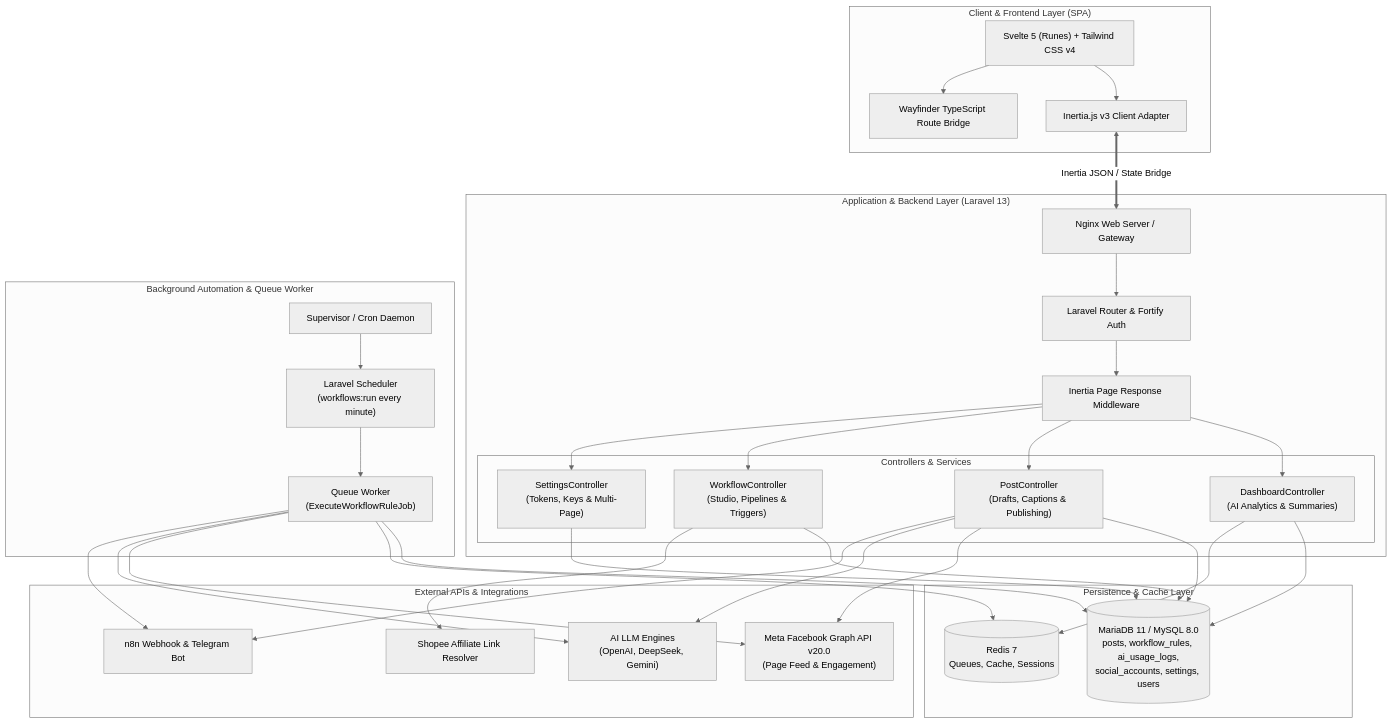
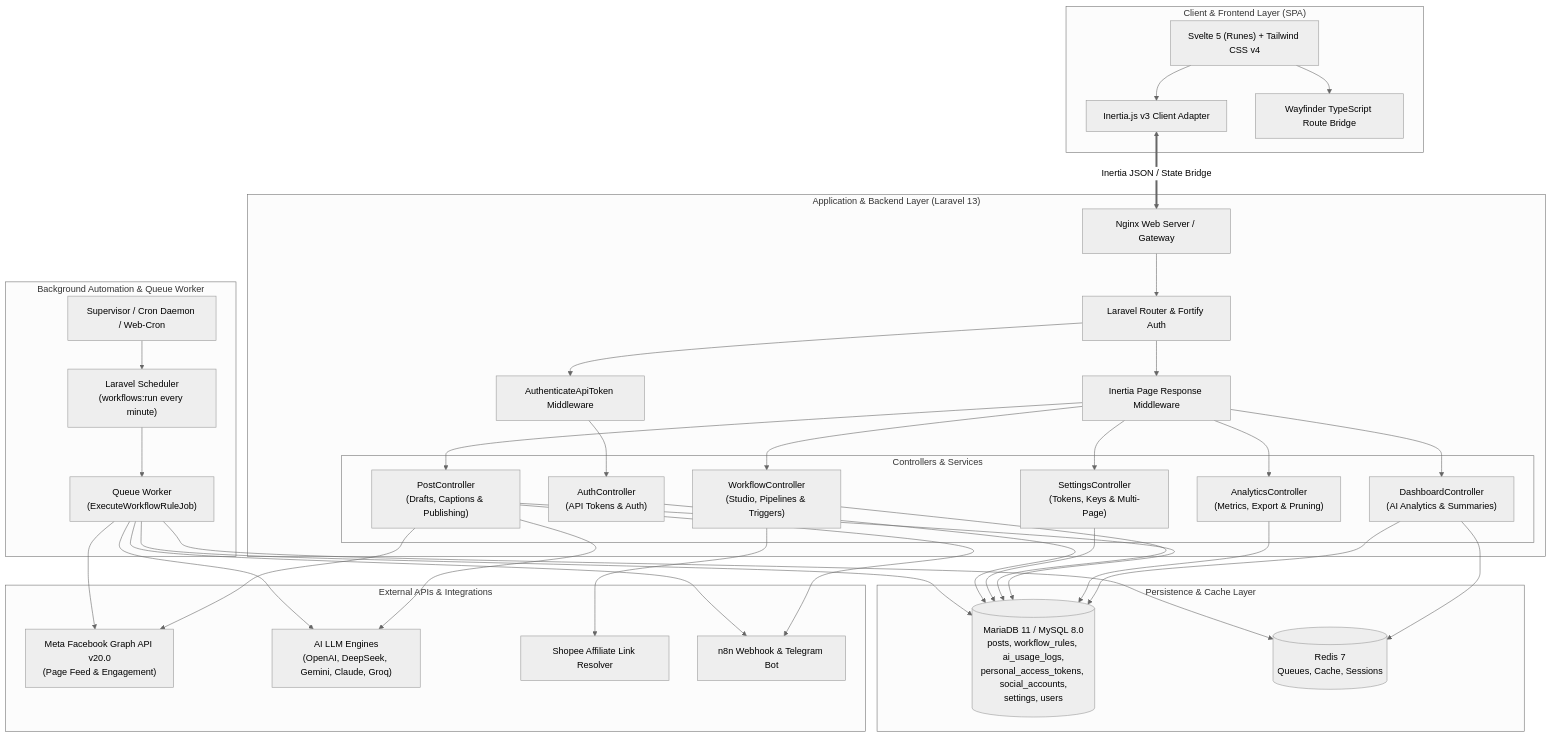
Before and after one commit to warr-dev/autoffiliate: the first of 4 diagrams in docs/MASTER_DOCUMENTATION.md, drawn with Mermaid (neutral theme). The commit also changed other lines of this file and 12 other files, not shown here.

Commit message:
feat(analytics): add AI usage & cost analytics engine with interactive dashboard and telemetry

````diff
--- a/docs/MASTER_DOCUMENTATION.md
+++ b/docs/MASTER_DOCUMENTATION.md
@@ -48,69 +51,77 @@
 ```mermaid
 graph TD
     subgraph Client_Layer ["Client & Frontend Layer (SPA)"]
         UI["Svelte 5 (Runes) + Tailwind CSS v4"]
         InertiaClient["Inertia.js v3 Client Adapter"]
         Wayfinder["Wayfinder TypeScript Route Bridge"]
         UI --> InertiaClient
         UI --> Wayfinder
     end
 
     subgraph App_Layer ["Application & Backend Layer (Laravel 13)"]
         Nginx["Nginx Web Server / Gateway"]
         Router["Laravel Router & Fortify Auth"]
         InertiaMiddleware["Inertia Page Response Middleware"]
+        ApiTokenMiddleware["AuthenticateApiToken Middleware"]
 
         subgraph Controllers ["Controllers & Services"]
             DC["DashboardController<br/>(AI Analytics & Summaries)"]
+            AC["AnalyticsController<br/>(Metrics, Export & Pruning)"]
             PC["PostController<br/>(Drafts, Captions & Publishing)"]
             WC["WorkflowController<br/>(Studio, Pipelines & Triggers)"]
             SC["SettingsController<br/>(Tokens, Keys & Multi-Page)"]
+            API_Auth["AuthController<br/>(API Tokens & Auth)"]
         end
 
         Nginx --> Router
         Router --> InertiaMiddleware
+        Router --> ApiTokenMiddleware
         InertiaMiddleware --> DC
+        InertiaMiddleware --> AC
         InertiaMiddleware --> PC
         InertiaMiddleware --> WC
         InertiaMiddleware --> SC
+        ApiTokenMiddleware --> API_Auth
     end
 
     subgraph Background_Layer ["Background Automation & Queue Worker"]
         Scheduler["Laravel Scheduler<br/>(workflows:run every minute)"]
         JobQueue["Queue Worker<br/>(ExecuteWorkflowRuleJob)"]
-        Supervisor["Supervisor / Cron Daemon"]
+        Supervisor["Supervisor / Cron Daemon / Web-Cron"]
         Supervisor --> Scheduler
         Scheduler --> JobQueue
     end
 
     subgraph Data_Layer ["Persistence & Cache Layer"]
-        MySQL[("MariaDB 11 / MySQL 8.0<br/>posts, workflow_rules, ai_usage_logs,<br/>social_accounts, settings, users")]
+        MySQL[("MariaDB 11 / MySQL 8.0<br/>posts, workflow_rules, ai_usage_logs,<br/>personal_access_tokens, social_accounts,<br/>settings, users")]
         Redis[("Redis 7<br/>Queues, Cache, Sessions")]
     end
 
     subgraph External_Layer ["External APIs & Integrations"]
         FB["Meta Facebook Graph API v20.0<br/>(Page Feed & Engagement)"]
-        AI["AI LLM Engines<br/>(OpenAI, DeepSeek, Gemini)"]
+        AI["AI LLM Engines<br/>(OpenAI, DeepSeek, Gemini, Claude, Groq)"]
         Shopee["Shopee Affiliate Link Resolver"]
         Webhook["n8n Webhook & Telegram Bot"]
     end
 
     InertiaClient <==>|Inertia JSON / State Bridge| Nginx
     DC --> MySQL
+    AC --> MySQL
     PC --> MySQL
     WC --> MySQL
     SC --> MySQL
+    API_Auth --> MySQL
 
     DC --> Redis
     JobQueue --> MySQL
     JobQueue --> Redis
 
     PC --> FB
     PC --> AI
     PC --> Webhook
 
     JobQueue --> FB
     JobQueue --> AI
     JobQueue --> Webhook
     WC --> Shopee
 ```
````
